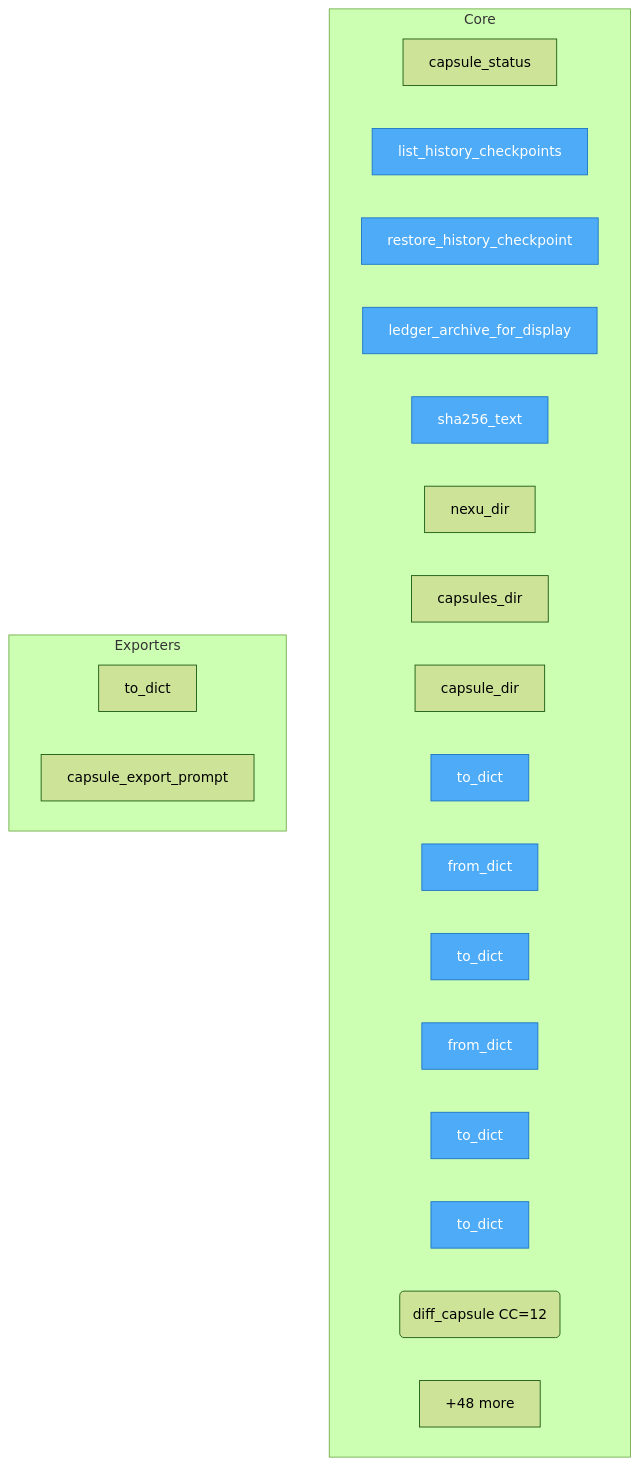
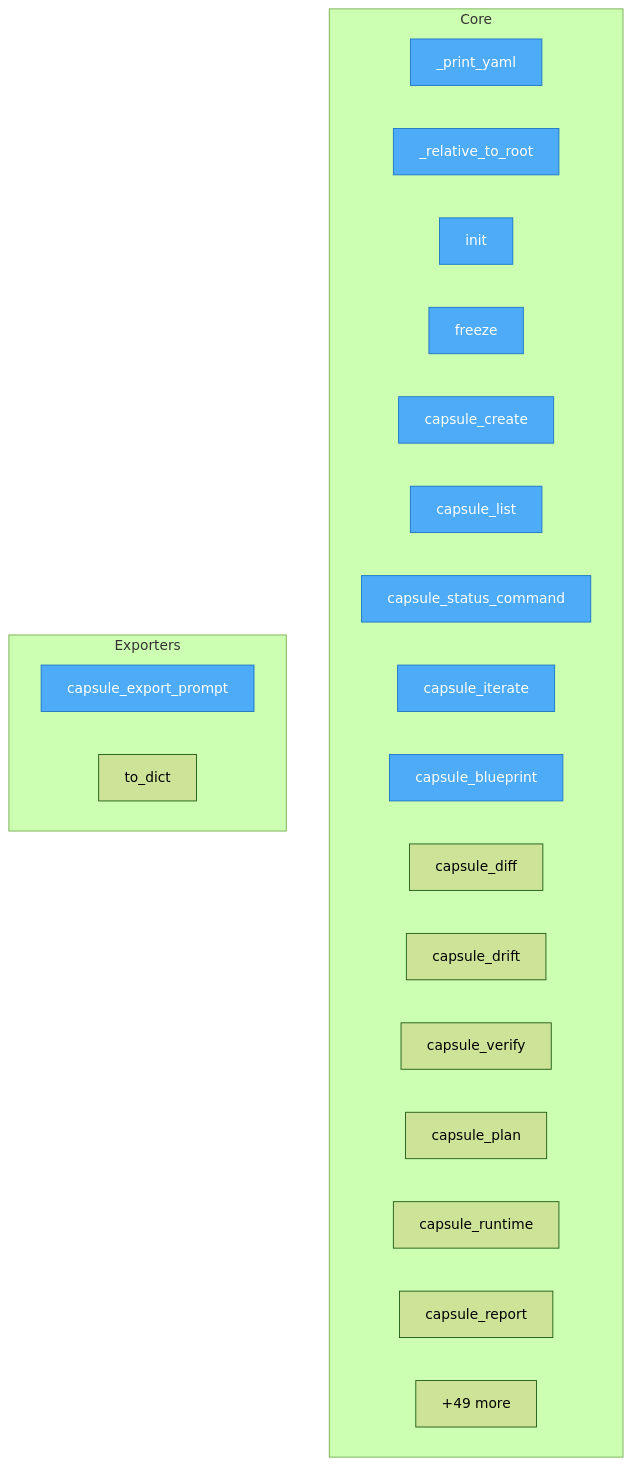
One commit to autogrammar/nexu changed the diagram in project/flow.mmd. Above: the diagram before and after it, drawn with Mermaid (forest theme). The commit also changed 50 other files, not shown here.

```diff
--- a/project/flow.mmd
+++ b/project/flow.mmd
@@ -1,31 +1,31 @@
 flowchart TD
 %% generated in 0.01s
 
     %% Entry points (blue)
     classDef entry fill:#4dabf7,stroke:#1971c2,color:#fff
 
     subgraph Core
-        src__nexu__status__capsule_status["capsule_status"]
-        src__nexu__cinema_history__list_history_checkpoints["list_history_checkpoints"]
-        src__nexu__cinema_history__restore_history_checkpoint["restore_history_checkpoint"]
-        src__nexu__cinema_history__ledger_archive_for_display["ledger_archive_for_display"]
-        src__nexu__hashing__sha256_text["sha256_text"]
-        src__nexu__paths__nexu_dir["nexu_dir"]
-        src__nexu__paths__capsules_dir["capsules_dir"]
-        src__nexu__paths__capsule_dir["capsule_dir"]
-        src__nexu__models__FrozenSnapshot__to_dict["to_dict"]
-        src__nexu__models__FrozenSnapshot__from_dict["from_dict"]
-        src__nexu__models__Capsule__to_dict["to_dict"]
-        src__nexu__models__Capsule__from_dict["from_dict"]
-        src__nexu__models__VerificationReport__to_dict["to_dict"]
-        src__nexu__models__CapsuleDiff__to_dict["to_dict"]
-        src__nexu__diff__diff_capsule("diff_capsule CC=12")
-        ...["+48 more"]
+        src__nexu__cli___print_yaml["_print_yaml"]
+        src__nexu__cli___relative_to_root["_relative_to_root"]
+        src__nexu__cli__init["init"]
+        src__nexu__cli__freeze["freeze"]
+        src__nexu__cli__capsule_create["capsule_create"]
+        src__nexu__cli__capsule_list["capsule_list"]
+        src__nexu__cli__capsule_status_command["capsule_status_command"]
+        src__nexu__cli__capsule_iterate["capsule_iterate"]
+        src__nexu__cli__capsule_blueprint["capsule_blueprint"]
+        src__nexu__cli__capsule_diff["capsule_diff"]
+        src__nexu__cli__capsule_drift["capsule_drift"]
+        src__nexu__cli__capsule_verify["capsule_verify"]
+        src__nexu__cli__capsule_plan["capsule_plan"]
+        src__nexu__cli__capsule_runtime["capsule_runtime"]
+        src__nexu__cli__capsule_report["capsule_report"]
+        ...["+49 more"]
     end
 
     subgraph Exporters
-        src__nexu__models__PromptExport__to_dict["to_dict"]
         src__nexu__cli__capsule_export_prompt["capsule_export_prompt"]
+        src__vico__models__PromptExport__to_dict["to_dict"]
     end
 
-    class src__nexu__cinema_history__list_history_checkpoints,src__nexu__cinema_history__restore_history_checkpoint,src__nexu__cinema_history__ledger_archive_for_display,src__nexu__hashing__sha256_text,src__nexu__models__FrozenSnapshot__to_dict,src__nexu__models__FrozenSnapshot__from_dict,src__nexu__models__Capsule__to_dict,src__nexu__models__Capsule__from_dict,src__nexu__models__VerificationReport__to_dict,src__nexu__models__CapsuleDiff__to_dict entry
+    class src__nexu__cli___print_yaml,src__nexu__cli___relative_to_root,src__nexu__cli__init,src__nexu__cli__freeze,src__nexu__cli__capsule_create,src__nexu__cli__capsule_list,src__nexu__cli__capsule_status_command,src__nexu__cli__capsule_iterate,src__nexu__cli__capsule_blueprint,src__nexu__cli__capsule_export_prompt entry
```
